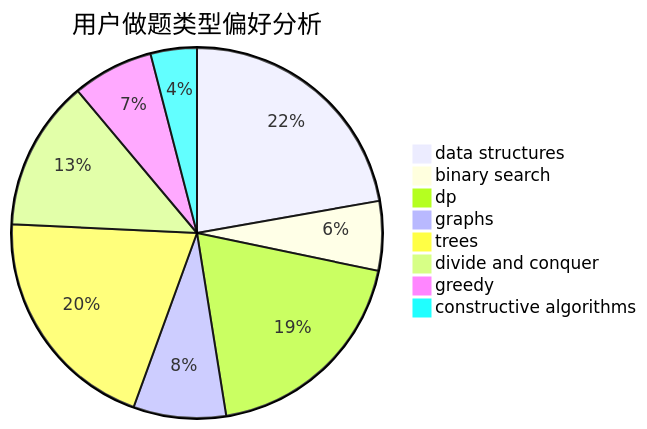
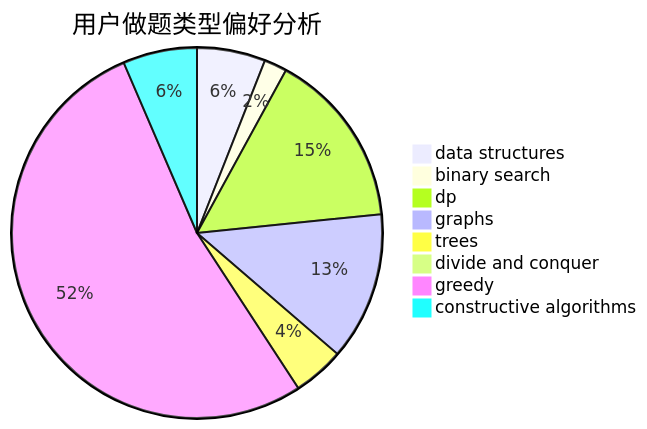
One commit to sherpahu/cfrs.github.io changed the second of 3 diagrams in docs/user/u2723.md. Above: the diagram before and after it, drawn with Mermaid. The commit also changed other lines of this file and 2770 other files, not shown here.

````diff
--- a/docs/user/u2723.md
+++ b/docs/user/u2723.md
@@ -23,11 +23,11 @@
 ```mermaid
 pie title 用户做题类型偏好分析
-    "data structures" :  22
-    "binary search" :  6
-    "dp" :  19
-    "graphs" :  8
-    "trees" :  20
-    "divide and conquer" :  13
-    "greedy" :  7
-    "constructive algorithms" :  4
+    "data structures" :  12
+    "binary search" :  4
+    "dp" :  31
+    "graphs" :  26
+    "trees" :  9
+    "divide and conquer" :  1
+    "greedy" :  106
+    "constructive algorithms" :  13
 ```
````
